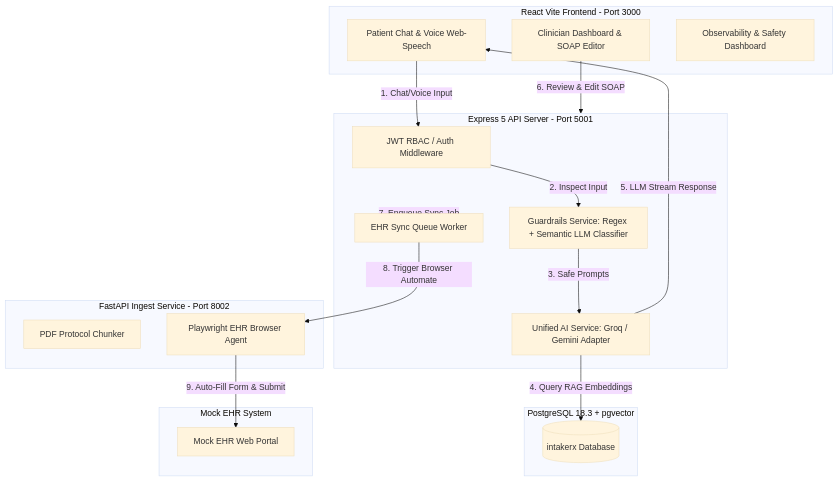
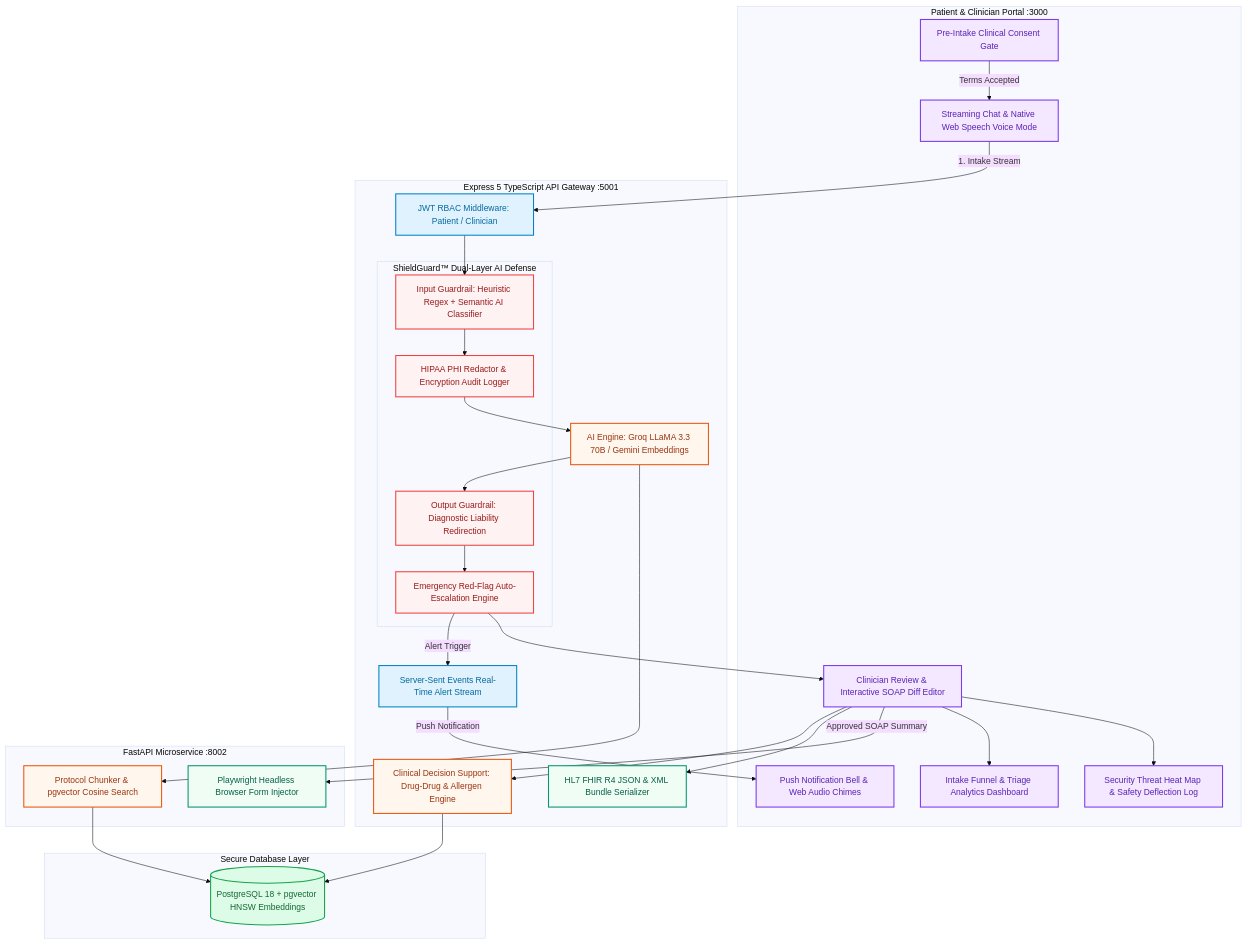
The diagram in README.md (akmalkhaniub/intakerx), drawn with Mermaid (base theme) before and after one commit. The commit also changed other lines of this file and 6 other files, not shown here.

Commit message:
Phase 15: Comprehensive enterprise README documentation overhaul, architecture Mermaid diagram, project configuration, and complete 15-phase walkthrough

````diff
--- a/README.md
+++ b/README.md
@@ -26,45 +20,62 @@
 ```mermaid
 graph TD
-    %% Frontend Components
-    subgraph Frontend [React Vite Frontend - Port 3000]
-        PatientChat[Patient Chat & Voice Web-Speech]
-        ClinicianDash[Clinician Dashboard & SOAP Editor]
-        ObsPanel[Observability & Safety Dashboard]
+    classDef client fill:#f3e8ff,stroke:#7c3aed,stroke-width:2px,color:#5b21b6;
+    classDef api fill:#e0f2fe,stroke:#0284c7,stroke-width:2px,color:#0369a1;
+    classDef safety fill:#fef2f2,stroke:#ef4444,stroke-width:2px,color:#991b1b;
+    classDef ai fill:#fff7ed,stroke:#ea580c,stroke-width:2px,color:#9a3412;
+    classDef storage fill:#dcfce7,stroke:#16a34a,stroke-width:2px,color:#166534;
+    classDef interop fill:#f0fdf4,stroke:#059669,stroke-width:2px,color:#065f46;
+
+    subgraph FrontendApp [Patient & Clinician Portal :3000]
+        ConsentGate[Pre-Intake Clinical Consent Gate]:::client
+        PatientChat[Streaming Chat & Native Web Speech Voice Mode]:::client
+        ClinicianPortal[Clinician Review & Interactive SOAP Diff Editor]:::client
+        AnalyticsDash[Intake Funnel & Triage Analytics Dashboard]:::client
+        SecurityCenter[Security Threat Heat Map & Safety Deflection Log]:::client
+        PushAlerts[Push Notification Bell & Web Audio Chimes]:::client
     end
 
-    %% Backend Components
-    subgraph Express [Express 5 API Server - Port 5001]
-        AuthMiddleware[JWT RBAC / Auth Middleware]
-        Guardrails[Guardrails Service: Regex + Semantic LLM Classifier]
-        AIService[Unified AI Service: Groq / Gemini Adapter]
-        QueueWorker[EHR Sync Queue Worker]
+    subgraph Gateway [Express 5 TypeScript API Gateway :5001]
+        Auth[JWT RBAC Middleware: Patient / Clinician]:::api
+        SSEServer[Server-Sent Events Real-Time Alert Stream]:::api
+        
+        subgraph SafetyShield [ShieldGuard™ Dual-Layer AI Defense]
+            InputGuard[Input Guardrail: Heuristic Regex + Semantic AI Classifier]:::safety
+            OutputGuard[Output Guardrail: Diagnostic Liability Redirection]:::safety
+            RedFlagRouter[Emergency Red-Flag Auto-Escalation Engine]:::safety
+            PHIScrubber[HIPAA PHI Redactor & Encryption Audit Logger]:::safety
+        end
+
+        CDSEngine[Clinical Decision Support: Drug-Drug & Allergen Engine]:::ai
+        AIService[AI Engine: Groq LLaMA 3.3 70B / Gemini Embeddings]:::ai
+        FHIRGenerator[HL7 FHIR R4 JSON & XML Bundle Serializer]:::interop
     end
 
-    %% Ingestion Microservice
-    subgraph FastAPI [FastAPI Ingest Service - Port 8002]
-        PDFChunker[PDF Protocol Chunker]
-        EHRAgent[Playwright EHR Browser Agent]
+    subgraph IngestionService [FastAPI Microservice :8002]
+        ProtocolRAG[Protocol Chunker & pgvector Cosine Search]:::ai
+        EHRAgent[Playwright Headless Browser Form Injector]:::interop
     end
 
-    %% Storage
-    subgraph Storage [PostgreSQL 18.3 + pgvector]
-        DB[(intakerx Database)]
+    subgraph StorageLayer [Secure Database Layer]
+        DB[(PostgreSQL 18 + pgvector HNSW Embeddings)]:::storage
     end
 
-    %% External Systems
-    subgraph EHR [Mock EHR System]
-        EHRPortal[Mock EHR Web Portal]
-    end
-
-    %% Data Flow Connections
-    PatientChat -->|1. Chat/Voice Input| AuthMiddleware
-    AuthMiddleware -->|2. Inspect Input| Guardrails
-    Guardrails -->|3. Safe Prompts| AIService
-    AIService -->|4. Query RAG Embeddings| DB
-    AIService -->|5. LLM Stream Response| PatientChat
-    
-    ClinicianDash -->|6. Review & Edit SOAP| Express
-    Express -->|7. Enqueue Sync Job| QueueWorker
-    QueueWorker -->|8. Trigger Browser Automate| EHRAgent
-    EHRAgent -->|9. Auto-Fill Form & Submit| EHRPortal
+    ConsentGate -->|Terms Accepted| PatientChat
+    PatientChat -->|1. Intake Stream| Auth
+    Auth --> InputGuard
+    InputGuard --> PHIScrubber
+    PHIScrubber --> AIService
+    AIService --> ProtocolRAG
+    ProtocolRAG --> DB
+    AIService --> OutputGuard
+    OutputGuard --> RedFlagRouter
+    RedFlagRouter -->|Alert Trigger| SSEServer
+    SSEServer -->|Push Notification| PushAlerts
+    RedFlagRouter --> ClinicianPortal
+    ClinicianPortal --> CDSEngine
+    CDSEngine --> DB
+    ClinicianPortal --> FHIRGenerator
+    ClinicianPortal -->|Approved SOAP Summary| EHRAgent
+    ClinicianPortal --> AnalyticsDash
+    ClinicianPortal --> SecurityCenter
 ```
````
